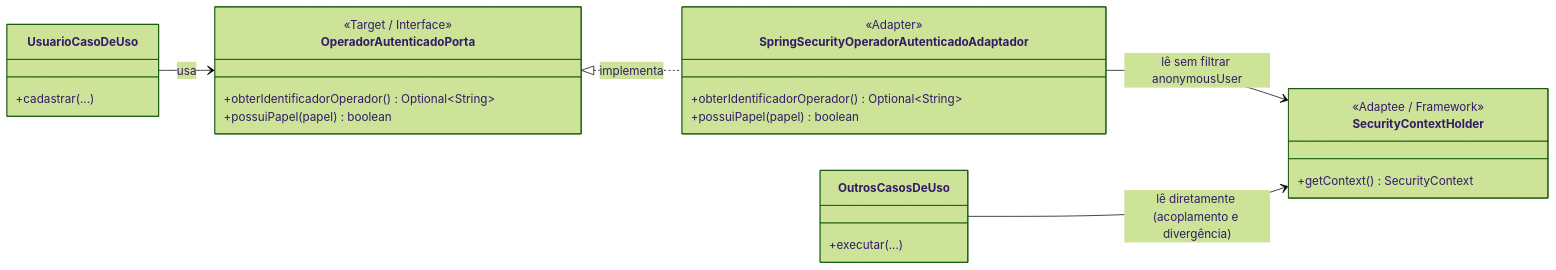
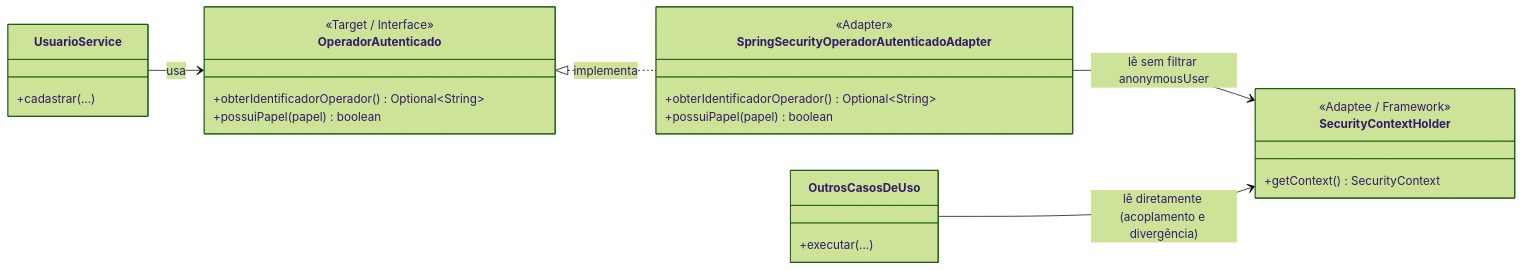
Before and after one commit to yIuriy/rp-iv-grupo03-safeplace: the fourth of 6 diagrams in docs/arquitetura/padroes-de-projeto.md, drawn with Mermaid (forest theme). The commit also changed other lines of this file and 264 other files, not shown here.

````diff
--- a/docs/arquitetura/padroes-de-projeto.md
+++ b/docs/arquitetura/padroes-de-projeto.md
@@ -385,29 +385,29 @@
 ```mermaid
 classDiagram
   direction LR
   class SecurityContextHolder {
     <<Adaptee / Framework>>
     +getContext() SecurityContext
   }
-  class UsuarioCasoDeUso {
+  class UsuarioService {
     +cadastrar(...)
   }
   class OutrosCasosDeUso {
     +executar(...)
   }
-  class OperadorAutenticadoPorta {
+  class OperadorAutenticado {
     <<Target / Interface>>
     +obterIdentificadorOperador() Optional~String~
     +possuiPapel(papel) boolean
   }
-  class SpringSecurityOperadorAutenticadoAdaptador {
+  class SpringSecurityOperadorAutenticadoAdapter {
     <<Adapter>>
     +obterIdentificadorOperador() Optional~String~
     +possuiPapel(papel) boolean
   }
 
-  UsuarioCasoDeUso --> OperadorAutenticadoPorta : usa
-  OperadorAutenticadoPorta <|.. SpringSecurityOperadorAutenticadoAdaptador : implementa
-  SpringSecurityOperadorAutenticadoAdaptador --> SecurityContextHolder : lê sem filtrar anonymousUser
+  UsuarioService --> OperadorAutenticado : usa
+  OperadorAutenticado <|.. SpringSecurityOperadorAutenticadoAdapter : implementa
+  SpringSecurityOperadorAutenticadoAdapter --> SecurityContextHolder : lê sem filtrar anonymousUser
   OutrosCasosDeUso --> SecurityContextHolder : lê diretamente (acoplamento e divergência)
 ```
````
